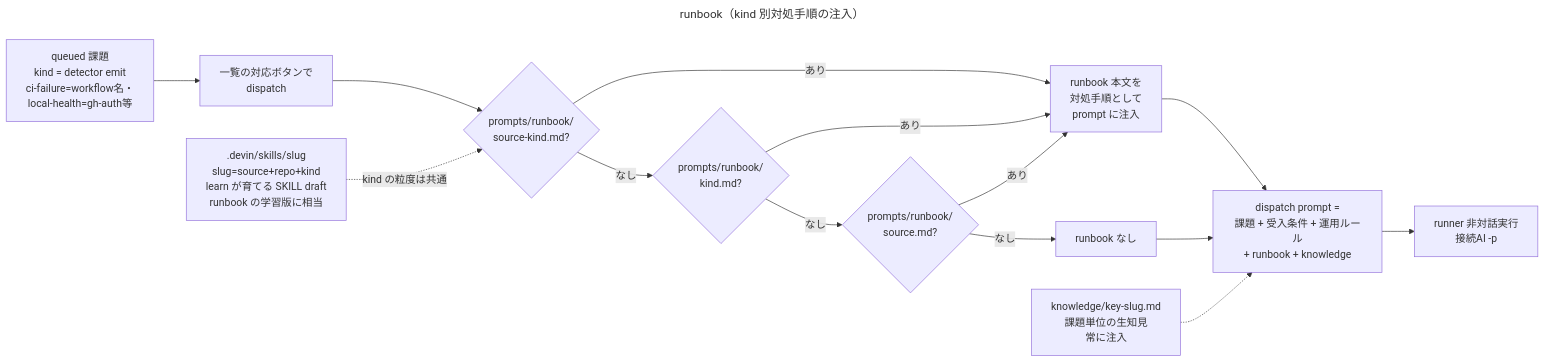
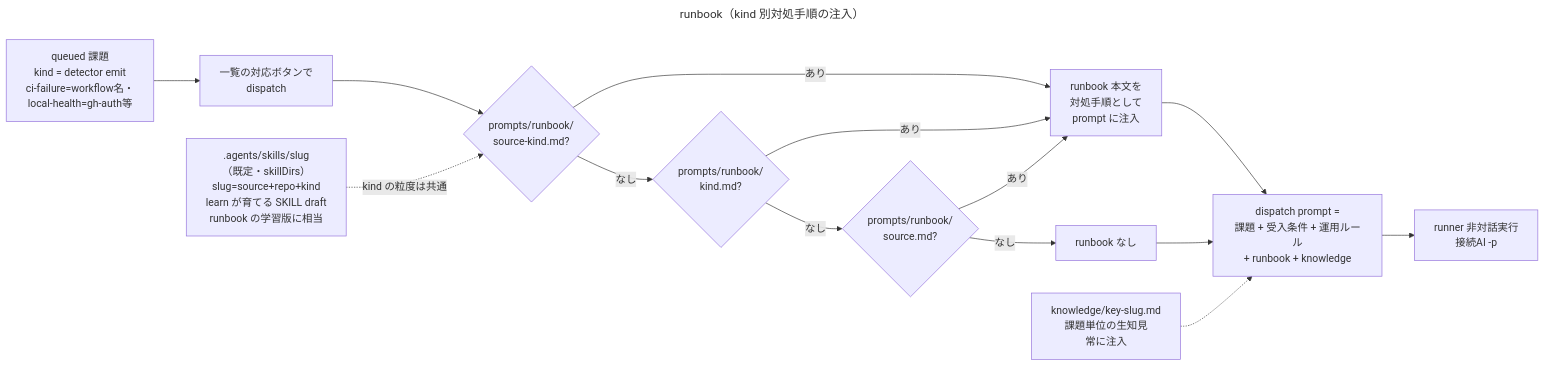
One commit to yamamoto-ryuzo/kasugai_agent changed the diagram in diagrams/runbook.mmd. Above: the diagram before and after it, drawn with Mermaid. The commit also changed 80 other files, not shown here.

```diff
--- a/diagrams/runbook.mmd
+++ b/diagrams/runbook.mmd
@@ -1,17 +1,17 @@
 ---
 title: runbook（kind 別対処手順の注入）
 ---
 flowchart LR
     ISS[queued 課題<br/>kind = detector emit<br/>ci-failure=workflow名・<br/>local-health=gh-auth等] --> DISP[一覧の対応ボタンで<br/>dispatch]
     DISP --> RB1{prompts/runbook/<br/>source-kind.md?}
     RB1 -->|あり| INJ[runbook 本文を<br/>対処手順として<br/>prompt に注入]
     RB1 -->|なし| RB2{prompts/runbook/<br/>kind.md?}
     RB2 -->|あり| INJ
     RB2 -->|なし| RB3{prompts/runbook/<br/>source.md?}
     RB3 -->|あり| INJ
     RB3 -->|なし| SKIP[runbook なし]
     INJ --> PROMPT[dispatch prompt =<br/>課題 + 受入条件 + 運用ルール<br/>+ runbook + knowledge]
     SKIP --> PROMPT
     PROMPT --> RUN[runner 非対話実行<br/>接続AI -p]
     KN[knowledge/key-slug.md<br/>課題単位の生知見<br/>常に注入] -.-> PROMPT
-    SK[.devin/skills/slug<br/>slug=source+repo+kind<br/>learn が育てる SKILL draft<br/>runbook の学習版に相当] -.->|kind の粒度は共通| RB1
+    SK[.agents/skills/slug<br/>（既定・skillDirs）<br/>slug=source+repo+kind<br/>learn が育てる SKILL draft<br/>runbook の学習版に相当] -.->|kind の粒度は共通| RB1
```
